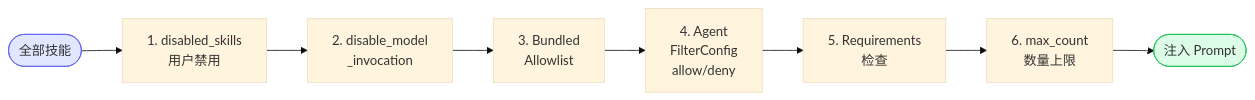
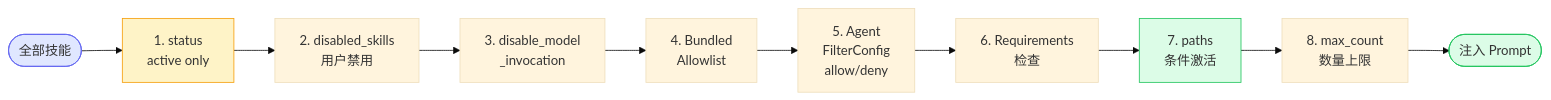
One commit to shiwenwen/hope-agent changed the tenth of 18 diagrams in docs/architecture/skill-system.md. Above: the diagram before and after it, drawn with Mermaid (base theme). The commit also changed other lines of this file and 30 other files, not shown here.

````diff
--- a/docs/architecture/skill-system.md
+++ b/docs/architecture/skill-system.md
@@ -446,13 +857,17 @@
 ```mermaid
 flowchart LR
-    ALL(["全部技能"]) --> F1["1. disabled_skills<br/>用户禁用"]
-    F1 --> F2["2. disable_model<br/>_invocation"]
-    F2 --> F3["3. Bundled<br/>Allowlist"]
-    F3 --> F4["4. Agent<br/>FilterConfig<br/>allow/deny"]
-    F4 --> F5["5. Requirements<br/>检查"]
-    F5 --> F6["6. max_count<br/>数量上限"]
+    ALL(["全部技能"]) --> F0["1. status<br/>active only"]
+    F0 --> F1["2. disabled_skills<br/>用户禁用"]
+    F1 --> F2["3. disable_model<br/>_invocation"]
+    F2 --> F3["4. Bundled<br/>Allowlist"]
+    F3 --> F4["5. Agent<br/>FilterConfig<br/>allow/deny"]
+    F4 --> F5["6. Requirements<br/>检查"]
+    F5 --> F55["7. paths<br/>条件激活"]
+    F55 --> F6["8. max_count<br/>数量上限"]
     F6 --> OUT(["注入 Prompt"])
 
     style ALL fill:#e0e7ff,stroke:#6366f1
+    style F0 fill:#fef3c7,stroke:#f59e0b
+    style F55 fill:#dcfce7,stroke:#22c55e
     style OUT fill:#dcfce7,stroke:#22c55e
 ```
````
